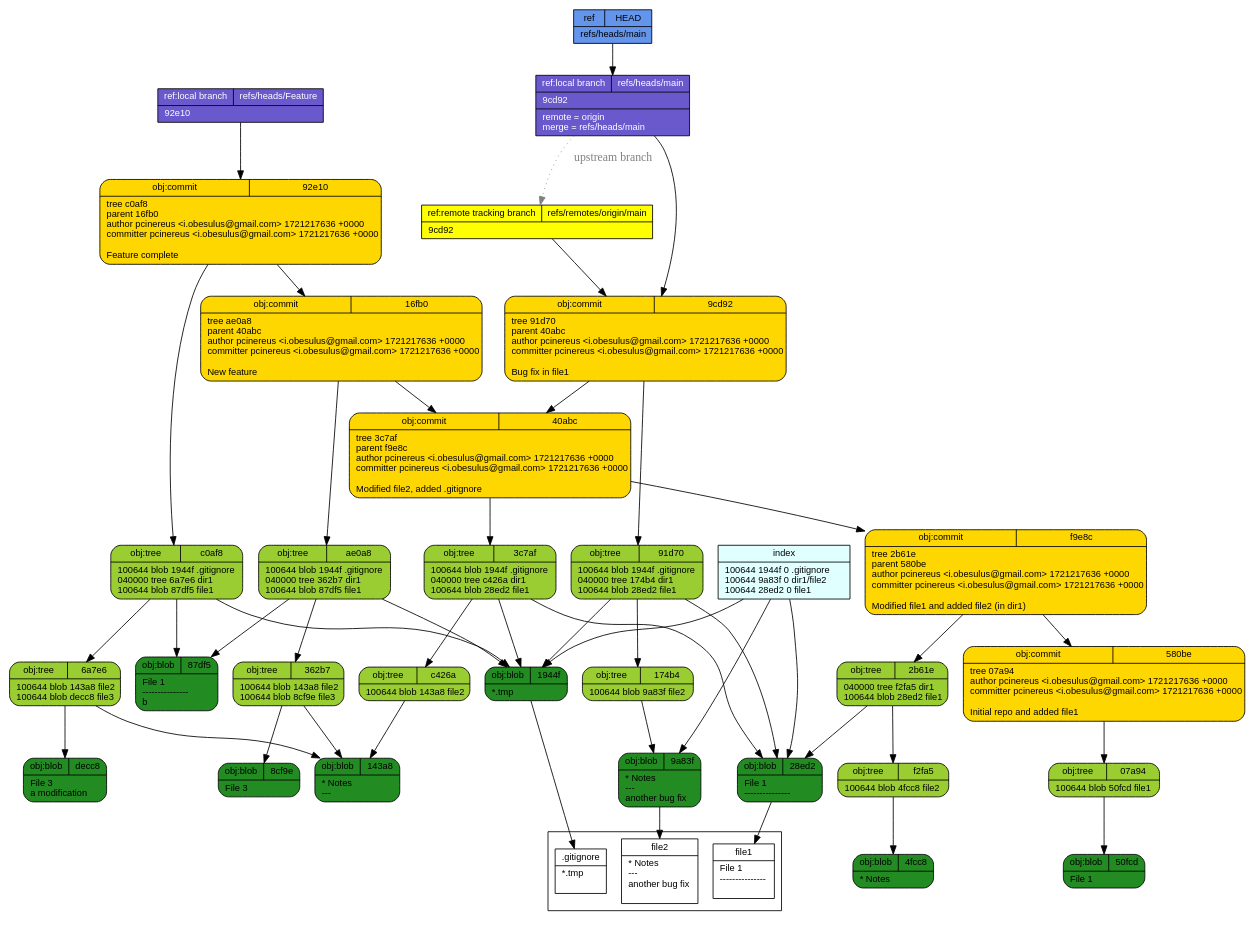
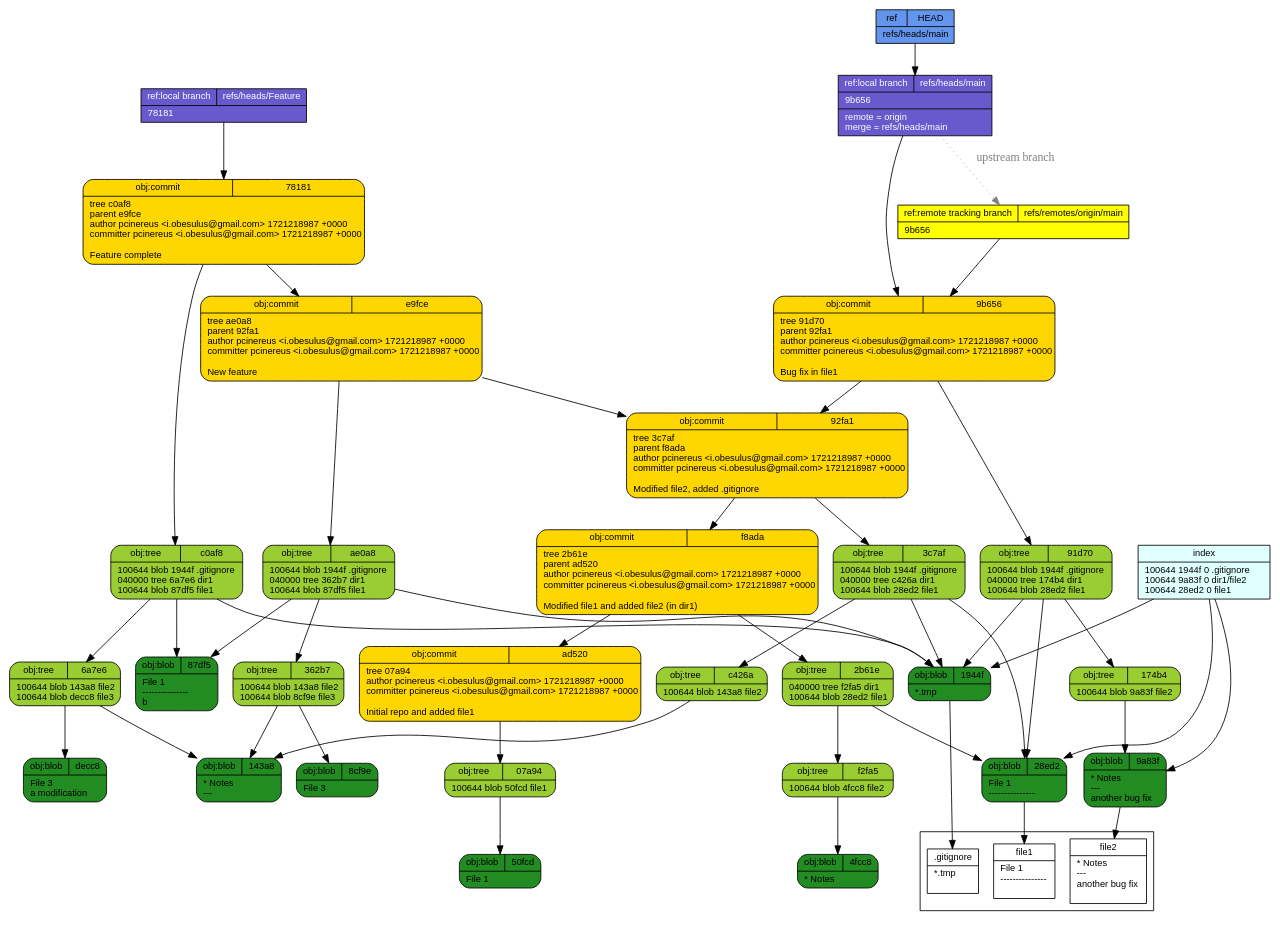
The diagram in tut/git-draw.dot (pcinereus/SUYRs_documents), drawn with Graphviz before and after one commit. The commit also changed 599 other files, not shown here.

```diff
--- a/tut/git-draw.dot
+++ b/tut/git-draw.dot
@@ -1,57 +1,57 @@
 digraph structs {
   node [shape=record,fontsize=11,fontname="arial"];
   rankdir="TB";
   _f2fa5 [fillcolor="yellowgreen", style="filled,rounded", label="{{obj:tree|f2fa5}|100644\ blob\ 4fcc8\	file2\l}"]  _f2fa5 -> _4fcc8
   _07a94 [fillcolor="yellowgreen", style="filled,rounded", label="{{obj:tree|07a94}|100644\ blob\ 50fcd\	file1\l}"]  _07a94 -> _50fcd
   _143a8 [fillcolor="forestgreen", style="filled,rounded", label="{{obj:blob|143a8}|\*\ Notes\l\-\-\-\l}"]  _c0af8 [fillcolor="yellowgreen", style="filled,rounded", label="{{obj:tree|c0af8}|100644\ blob\ 1944f\	\.gitignore\l040000\ tree\ 6a7e6\	dir1\l100644\ blob\ 87df5\	file1\l}"]  _c0af8 -> _1944f
   _c0af8 -> _6a7e6
   _c0af8 -> _87df5
-  _4fcc8 [fillcolor="forestgreen", style="filled,rounded", label="{{obj:blob|4fcc8}|\*\ Notes\l}"]  _580be [fillcolor="gold", style="filled,rounded", label="{{obj:commit|580be}|tree\ 07a94\lauthor\ pcinereus\ \<i\.obesulus\@gmail\.com\>\ 1721217636\ \+0000\lcommitter\ pcinereus\ \<i\.obesulus\@gmail\.com\>\ 1721217636\ \+0000\l\lInitial\ repo\ and\ added\ file1\l}"]  _580be -> _07a94
-  _16fb0 [fillcolor="gold", style="filled,rounded", label="{{obj:commit|16fb0}|tree\ ae0a8\lparent\ 40abc\lauthor\ pcinereus\ \<i\.obesulus\@gmail\.com\>\ 1721217636\ \+0000\lcommitter\ pcinereus\ \<i\.obesulus\@gmail\.com\>\ 1721217636\ \+0000\l\lNew\ feature\l}"]  _16fb0 -> _ae0a8
-  _16fb0 -> _40abc
+  _4fcc8 [fillcolor="forestgreen", style="filled,rounded", label="{{obj:blob|4fcc8}|\*\ Notes\l}"]  _f8ada [fillcolor="gold", style="filled,rounded", label="{{obj:commit|f8ada}|tree\ 2b61e\lparent\ ad520\lauthor\ pcinereus\ \<i\.obesulus\@gmail\.com\>\ 1721218987\ \+0000\lcommitter\ pcinereus\ \<i\.obesulus\@gmail\.com\>\ 1721218987\ \+0000\l\lModified\ file1\ and\ added\ file2\ \(in\ dir1\)\l}"]  _f8ada -> _2b61e
+  _f8ada -> _ad520
+  _ad520 [fillcolor="gold", style="filled,rounded", label="{{obj:commit|ad520}|tree\ 07a94\lauthor\ pcinereus\ \<i\.obesulus\@gmail\.com\>\ 1721218987\ \+0000\lcommitter\ pcinereus\ \<i\.obesulus\@gmail\.com\>\ 1721218987\ \+0000\l\lInitial\ repo\ and\ added\ file1\l}"]  _ad520 -> _07a94
   _c426a [fillcolor="yellowgreen", style="filled,rounded", label="{{obj:tree|c426a}|100644\ blob\ 143a8\	file2\l}"]  _c426a -> _143a8
-  _1944f [fillcolor="forestgreen", style="filled,rounded", label="{{obj:blob|1944f}|\*\.tmp\l}"]  _50fcd [fillcolor="forestgreen", style="filled,rounded", label="{{obj:blob|50fcd}|File\ 1\l}"]  _92e10 [fillcolor="gold", style="filled,rounded", label="{{obj:commit|92e10}|tree\ c0af8\lparent\ 16fb0\lauthor\ pcinereus\ \<i\.obesulus\@gmail\.com\>\ 1721217636\ \+0000\lcommitter\ pcinereus\ \<i\.obesulus\@gmail\.com\>\ 1721217636\ \+0000\l\lFeature\ complete\l}"]  _92e10 -> _c0af8
-  _92e10 -> _16fb0
-  _8cf9e [fillcolor="forestgreen", style="filled,rounded", label="{{obj:blob|8cf9e}|File\ 3\l}"]  _40abc [fillcolor="gold", style="filled,rounded", label="{{obj:commit|40abc}|tree\ 3c7af\lparent\ f9e8c\lauthor\ pcinereus\ \<i\.obesulus\@gmail\.com\>\ 1721217636\ \+0000\lcommitter\ pcinereus\ \<i\.obesulus\@gmail\.com\>\ 1721217636\ \+0000\l\lModified\ file2\,\ added\ \.gitignore\l}"]  _40abc -> _3c7af
-  _40abc -> _f9e8c
-  _91d70 [fillcolor="yellowgreen", style="filled,rounded", label="{{obj:tree|91d70}|100644\ blob\ 1944f\	\.gitignore\l040000\ tree\ 174b4\	dir1\l100644\ blob\ 28ed2\	file1\l}"]  _91d70 -> _1944f
+  _1944f [fillcolor="forestgreen", style="filled,rounded", label="{{obj:blob|1944f}|\*\.tmp\l}"]  _50fcd [fillcolor="forestgreen", style="filled,rounded", label="{{obj:blob|50fcd}|File\ 1\l}"]  _92fa1 [fillcolor="gold", style="filled,rounded", label="{{obj:commit|92fa1}|tree\ 3c7af\lparent\ f8ada\lauthor\ pcinereus\ \<i\.obesulus\@gmail\.com\>\ 1721218987\ \+0000\lcommitter\ pcinereus\ \<i\.obesulus\@gmail\.com\>\ 1721218987\ \+0000\l\lModified\ file2\,\ added\ \.gitignore\l}"]  _92fa1 -> _3c7af
+  _92fa1 -> _f8ada
+  _8cf9e [fillcolor="forestgreen", style="filled,rounded", label="{{obj:blob|8cf9e}|File\ 3\l}"]  _91d70 [fillcolor="yellowgreen", style="filled,rounded", label="{{obj:tree|91d70}|100644\ blob\ 1944f\	\.gitignore\l040000\ tree\ 174b4\	dir1\l100644\ blob\ 28ed2\	file1\l}"]  _91d70 -> _1944f
   _91d70 -> _174b4
   _91d70 -> _28ed2
+  _78181 [fillcolor="gold", style="filled,rounded", label="{{obj:commit|78181}|tree\ c0af8\lparent\ e9fce\lauthor\ pcinereus\ \<i\.obesulus\@gmail\.com\>\ 1721218987\ \+0000\lcommitter\ pcinereus\ \<i\.obesulus\@gmail\.com\>\ 1721218987\ \+0000\l\lFeature\ complete\l}"]  _78181 -> _c0af8
+  _78181 -> _e9fce
   _9a83f [fillcolor="forestgreen", style="filled,rounded", label="{{obj:blob|9a83f}|\*\ Notes\l\-\-\-\l\ another\ bug\ fix\l}"]  _ae0a8 [fillcolor="yellowgreen", style="filled,rounded", label="{{obj:tree|ae0a8}|100644\ blob\ 1944f\	\.gitignore\l040000\ tree\ 362b7\	dir1\l100644\ blob\ 87df5\	file1\l}"]  _ae0a8 -> _1944f
   _ae0a8 -> _362b7
   _ae0a8 -> _87df5
-  _9cd92 [fillcolor="gold", style="filled,rounded", label="{{obj:commit|9cd92}|tree\ 91d70\lparent\ 40abc\lauthor\ pcinereus\ \<i\.obesulus\@gmail\.com\>\ 1721217636\ \+0000\lcommitter\ pcinereus\ \<i\.obesulus\@gmail\.com\>\ 1721217636\ \+0000\l\lBug\ fix\ in\ file1\l}"]  _9cd92 -> _91d70
-  _9cd92 -> _40abc
-  _f9e8c [fillcolor="gold", style="filled,rounded", label="{{obj:commit|f9e8c}|tree\ 2b61e\lparent\ 580be\lauthor\ pcinereus\ \<i\.obesulus\@gmail\.com\>\ 1721217636\ \+0000\lcommitter\ pcinereus\ \<i\.obesulus\@gmail\.com\>\ 1721217636\ \+0000\l\lModified\ file1\ and\ added\ file2\ \(in\ dir1\)\l}"]  _f9e8c -> _2b61e
-  _f9e8c -> _580be
+  _e9fce [fillcolor="gold", style="filled,rounded", label="{{obj:commit|e9fce}|tree\ ae0a8\lparent\ 92fa1\lauthor\ pcinereus\ \<i\.obesulus\@gmail\.com\>\ 1721218987\ \+0000\lcommitter\ pcinereus\ \<i\.obesulus\@gmail\.com\>\ 1721218987\ \+0000\l\lNew\ feature\l}"]  _e9fce -> _ae0a8
+  _e9fce -> _92fa1
+  _9b656 [fillcolor="gold", style="filled,rounded", label="{{obj:commit|9b656}|tree\ 91d70\lparent\ 92fa1\lauthor\ pcinereus\ \<i\.obesulus\@gmail\.com\>\ 1721218987\ \+0000\lcommitter\ pcinereus\ \<i\.obesulus\@gmail\.com\>\ 1721218987\ \+0000\l\lBug\ fix\ in\ file1\l}"]  _9b656 -> _91d70
+  _9b656 -> _92fa1
   _2b61e [fillcolor="yellowgreen", style="filled,rounded", label="{{obj:tree|2b61e}|040000\ tree\ f2fa5\	dir1\l100644\ blob\ 28ed2\	file1\l}"]  _2b61e -> _f2fa5
   _2b61e -> _28ed2
   _87df5 [fillcolor="forestgreen", style="filled,rounded", label="{{obj:blob|87df5}|File\ 1\l\-\-\-\-\-\-\-\-\-\-\-\-\-\-\-\lb\l}"]  _362b7 [fillcolor="yellowgreen", style="filled,rounded", label="{{obj:tree|362b7}|100644\ blob\ 143a8\	file2\l100644\ blob\ 8cf9e\	file3\l}"]  _362b7 -> _143a8
   _362b7 -> _8cf9e
   _3c7af [fillcolor="yellowgreen", style="filled,rounded", label="{{obj:tree|3c7af}|100644\ blob\ 1944f\	\.gitignore\l040000\ tree\ c426a\	dir1\l100644\ blob\ 28ed2\	file1\l}"]  _3c7af -> _1944f
   _3c7af -> _c426a
   _3c7af -> _28ed2
   _28ed2 [fillcolor="forestgreen", style="filled,rounded", label="{{obj:blob|28ed2}|File\ 1\l\-\-\-\-\-\-\-\-\-\-\-\-\-\-\-\l}"]  _6a7e6 [fillcolor="yellowgreen", style="filled,rounded", label="{{obj:tree|6a7e6}|100644\ blob\ 143a8\	file2\l100644\ blob\ decc8\	file3\l}"]  _6a7e6 -> _143a8
   _6a7e6 -> _decc8
   _174b4 [fillcolor="yellowgreen", style="filled,rounded", label="{{obj:tree|174b4}|100644\ blob\ 9a83f\	file2\l}"]  _174b4 -> _9a83f
-  _decc8 [fillcolor="forestgreen", style="filled,rounded", label="{{obj:blob|decc8}|File\ 3\l\ a\ modification\l}"]  _refs___heads___Feature [style=filled, fillcolor=slateblue3, fontcolor = white,  label="{{ref:local branch|refs\/heads\/Feature}|92e10\l}"]
-  _refs___heads___Feature -> _92e10
+  _decc8 [fillcolor="forestgreen", style="filled,rounded", label="{{obj:blob|decc8}|File\ 3\l\ a\ modification\l}"]  _refs___heads___Feature [style=filled, fillcolor=slateblue3, fontcolor = white,  label="{{ref:local branch|refs\/heads\/Feature}|78181\l}"]
+  _refs___heads___Feature -> _78181
   _refs___heads___main -> _refs___remotes___origin___main [style=dotted, color=gray, fontcolor=gray, label="upstream branch"]
-  _refs___heads___main [style=filled, fillcolor=slateblue3, fontcolor = white,  label="{{ref:local branch|refs\/heads\/main}|9cd92\l|remote\ \=\ origin\lmerge\ \=\ refs\/heads\/main\l}"]
-  _refs___heads___main -> _9cd92
-  _refs___remotes___origin___main [style=filled, fillcolor=yellow, fontcolor = black,  label="{{ref:remote tracking branch|refs\/remotes\/origin\/main}|9cd92\l}"]
-  _refs___remotes___origin___main -> _9cd92
+  _refs___heads___main [style=filled, fillcolor=slateblue3, fontcolor = white,  label="{{ref:local branch|refs\/heads\/main}|9b656\l|remote\ \=\ origin\lmerge\ \=\ refs\/heads\/main\l}"]
+  _refs___heads___main -> _9b656
+  _refs___remotes___origin___main [style=filled, fillcolor=yellow, fontcolor = black,  label="{{ref:remote tracking branch|refs\/remotes\/origin\/main}|9b656\l}"]
+  _refs___remotes___origin___main -> _9b656
   _HEAD [style=filled, fillcolor=cornflowerblue, fontcolor=black,  label="{{ref|HEAD}|refs\/heads\/main\l}"]
   _HEAD -> _refs___heads___main
   index -> _1944f
   index -> _9a83f
   index -> _28ed2
   index [style=filled, fillcolor=lightcyan, label="{{index}|100644\ 1944f\ 0\	\.gitignore\l100644\ 9a83f\ 0\	dir1\/file2\l100644\ 28ed2\ 0\	file1\l}"]
 subgraph cluster_1 {rank=sink  _gitignore [fillcolor="white", label="{{.gitignore}|*.tmp\l\l}"] 
   _file2 [fillcolor="white", label="{{file2}|* Notes\l---\l another bug fix\l\l}"] 
   _file1 [fillcolor="white", label="{{file1}|File 1\l---------------\l\l}"] 
 }
  _1944f -> _gitignore
  _9a83f -> _file2
  _28ed2 -> _file1
 }
```
